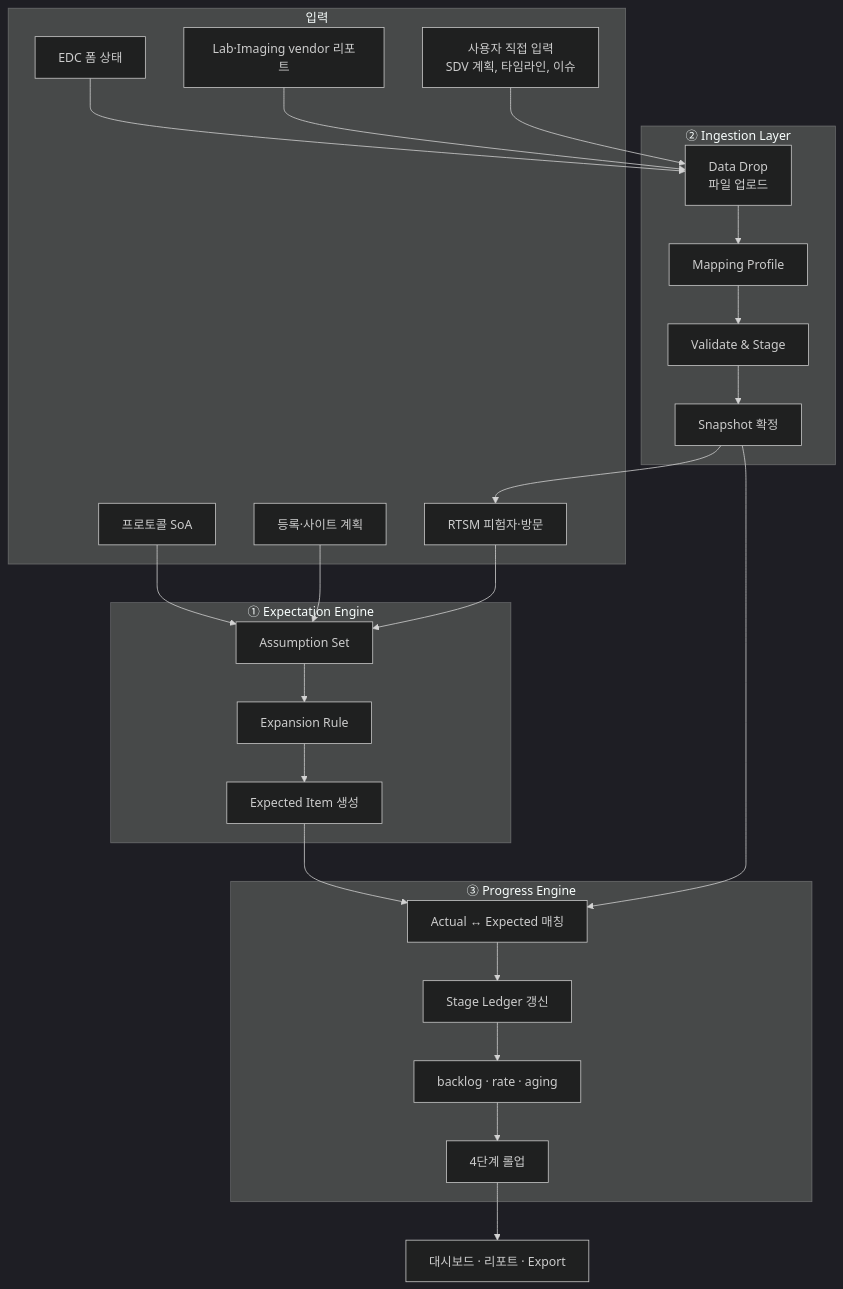
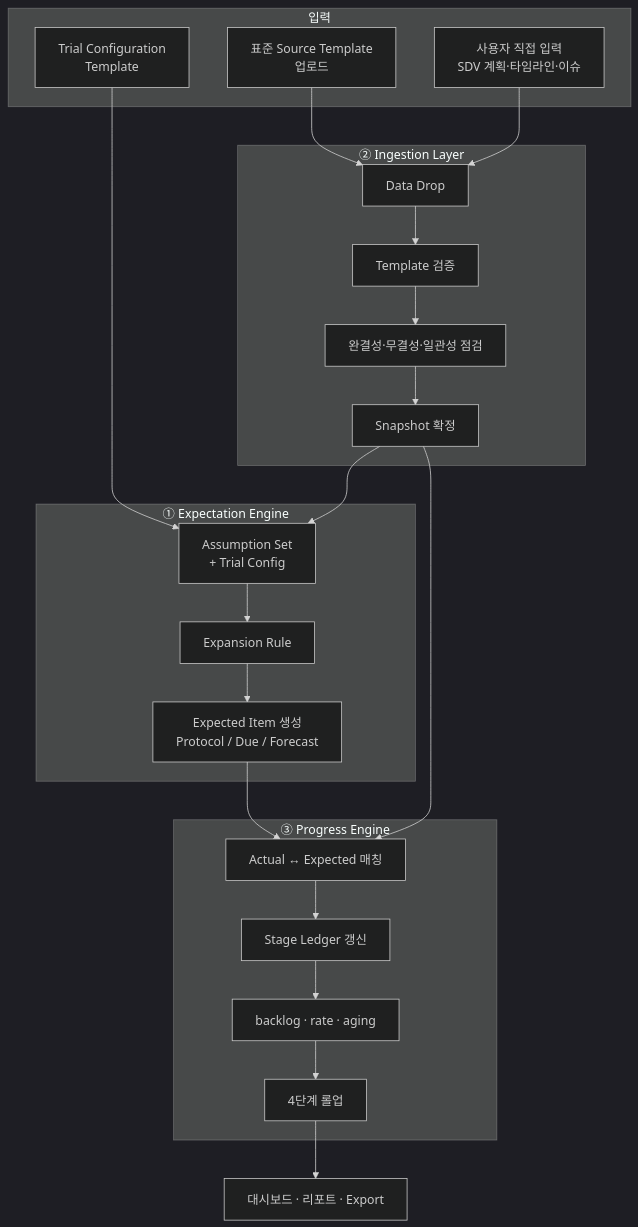
The first of 2 diagrams in docs/concept/03-core-concept-model.md (Dan5050-now/project1), drawn with Mermaid (dark theme) before and after one commit. The commit also changed other lines of this file and 14 other files, not shown here.

````diff
--- a/docs/concept/03-core-concept-model.md
+++ b/docs/concept/03-core-concept-model.md
@@ -45,41 +34,38 @@
 ```mermaid
 flowchart TB
     subgraph Input["입력"]
-        A1[프로토콜 SoA]
-        A2[등록·사이트 계획]
-        A3[RTSM 피험자·방문]
-        A4[EDC 폼 상태]
-        A5[Lab·Imaging vendor 리포트]
-        A6[사용자 직접 입력<br/>SDV 계획, 타임라인, 이슈]
+        A1[표준 Source Template<br/>업로드]
+        A2[Trial Configuration<br/>Template]
+        A3[사용자 직접 입력<br/>SDV 계획·타임라인·이슈]
     end
 
     subgraph E2["② Ingestion Layer"]
-        I1[Data Drop<br/>파일 업로드]
-        I2[Mapping Profile]
-        I3[Validate & Stage]
+        I1[Data Drop]
+        I2[Template 검증]
+        I3[완결성·무결성·일관성 점검]
         I4[Snapshot 확정]
     end
 
     subgraph E1["① Expectation Engine"]
-        X1[Assumption Set]
+        X1[Assumption Set<br/>+ Trial Config]
         X2[Expansion Rule]
-        X3[Expected Item 생성]
+        X3[Expected Item 생성<br/>Protocol / Due / Forecast]
     end
 
     subgraph E3["③ Progress Engine"]
         P1[Actual ↔ Expected 매칭]
         P2[Stage Ledger 갱신]
         P3[backlog · rate · aging]
         P4[4단계 롤업]
     end
 
-    A1 & A2 --> X1
-    A3 --> X1
-    A4 & A5 & A6 --> I1 --> I2 --> I3 --> I4
-    I4 --> A3
+    A1 --> I1 --> I2 --> I3 --> I4
+    A2 --> X1
+    A3 --> I1
+    I4 --> X1
     X1 --> X2 --> X3
     X3 --> P1
     I4 --> P1
     P1 --> P2 --> P3 --> P4
     P4 --> OUT[대시보드 · 리포트 · Export]
 ```
````
